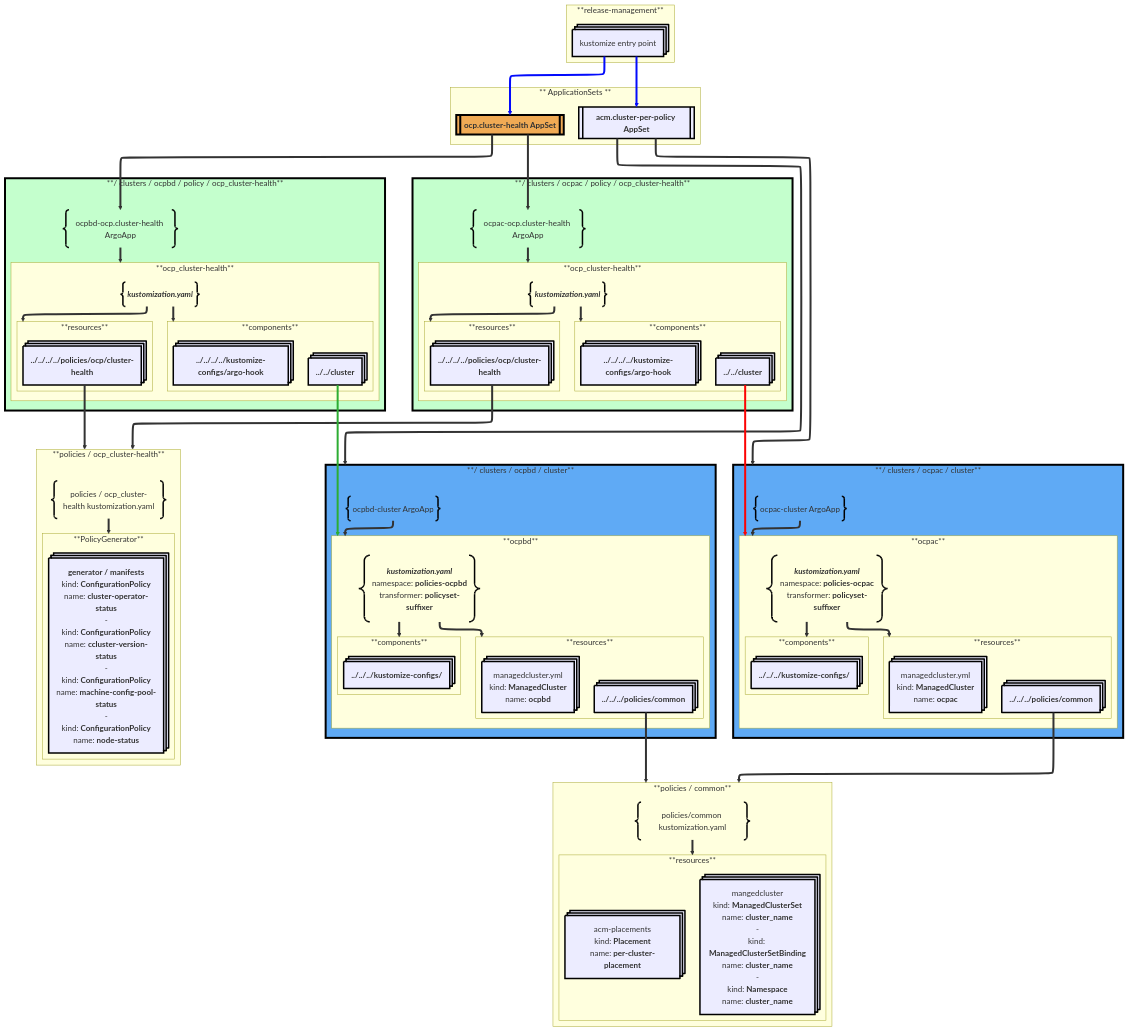
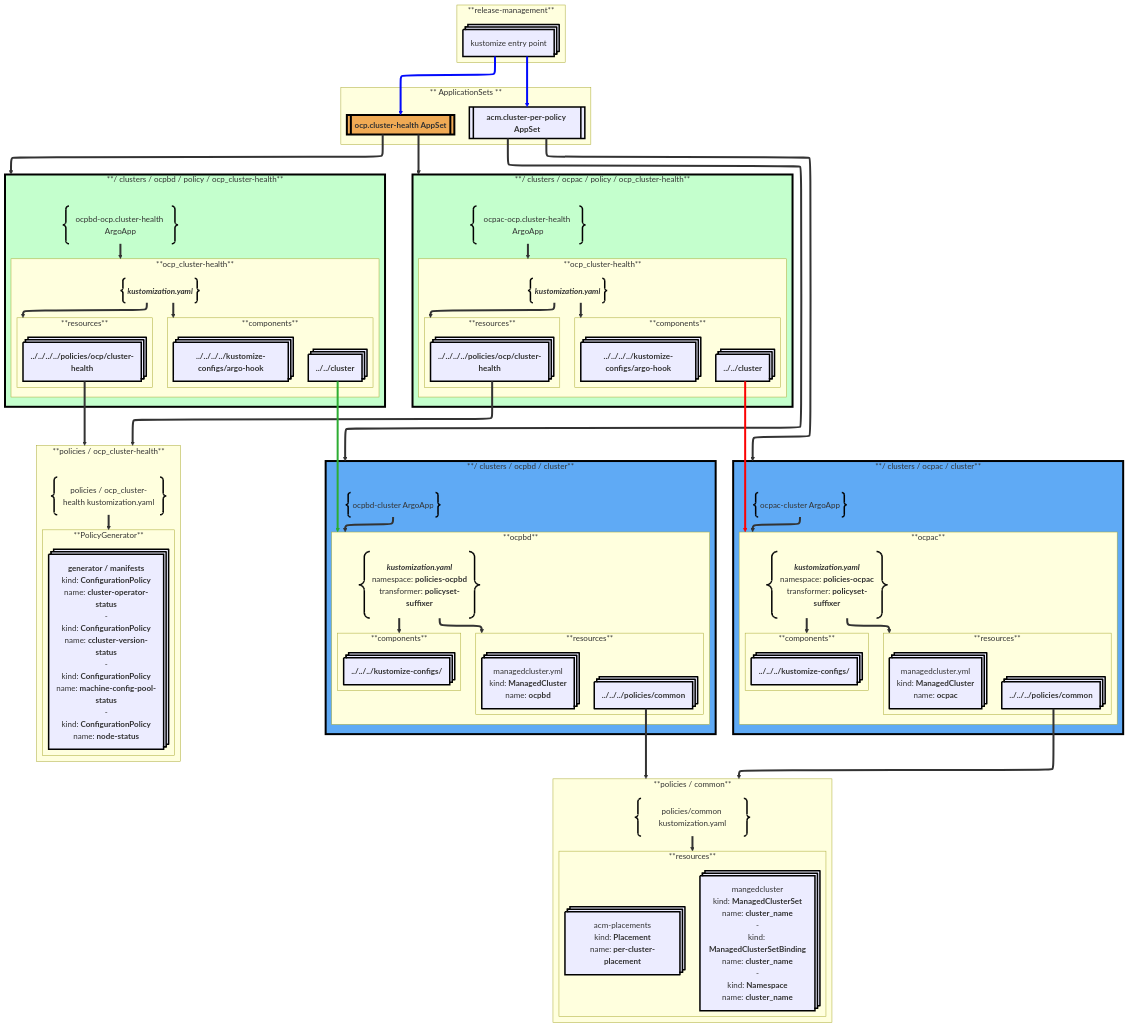
Before and after one commit to bry-tam/acm-policy-per-cluster-example: the diagram in docs/kustomize-flow.md, drawn with Mermaid.

Commit message:
switch endpoint link path for policy appset

```diff
--- a/docs/kustomize-flow.md
+++ b/docs/kustomize-flow.md
@@ -165,8 +165,8 @@
     ocpbd_ks --> ocpbd_cm
 
 
-    policy_appset_1 --> ocpac_policy1
-    policy_appset_1 --> ocpbd_policy1
+    policy_appset_1 --> policy_cluster_health_ocpac
+    policy_appset_1 --> policy_cluster_health_ocpbd
 
     ocpac_policy1 --> policy_cluster_health_ocpac_sg 
     policy_cluster_health_ocpac_ks --> policy_cluster_health_ocpac_rs
```
